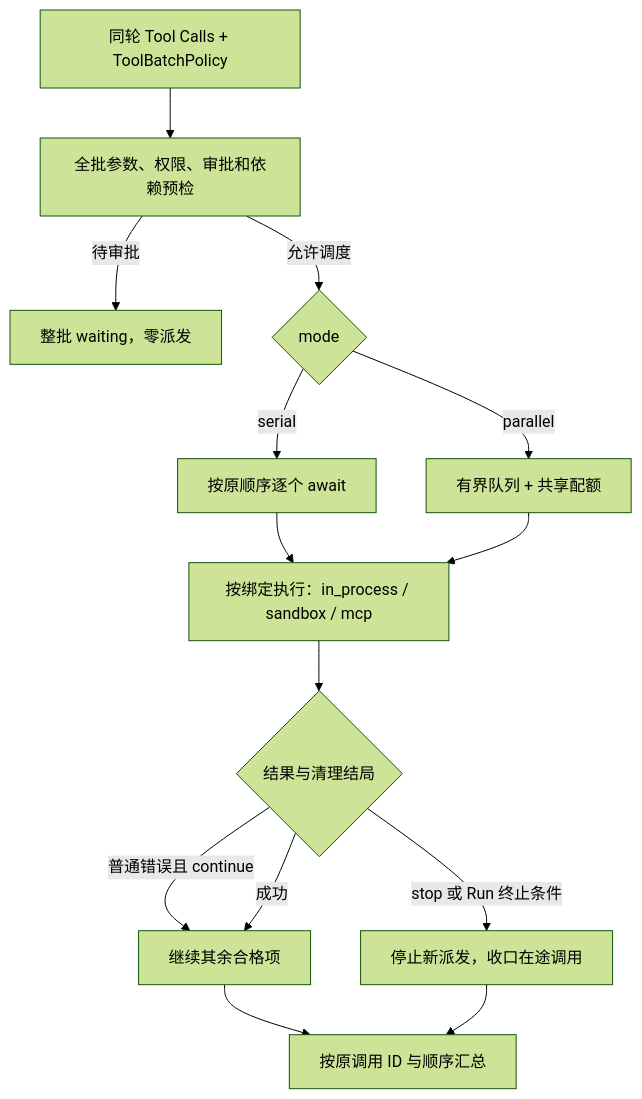
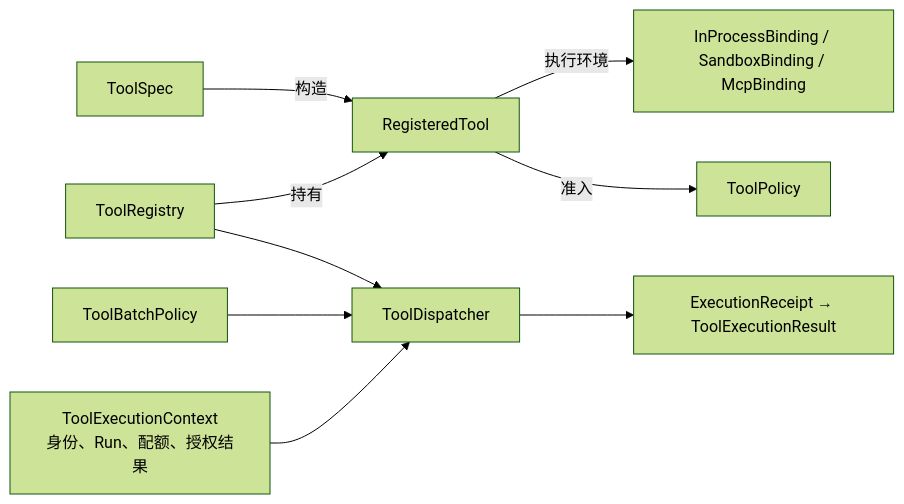
The second of 2 diagrams in mai-specs/986-lesson-18-tool-execution-sandbox/design/TECH_DESIGN.md (RuiLu007/compass), drawn with Mermaid (forest theme) before and after one commit. The commit also changed other lines of this file and 204 other files, not shown here.

````diff
--- a/mai-specs/986-lesson-18-tool-execution-sandbox/design/TECH_DESIGN.md
+++ b/mai-specs/986-lesson-18-tool-execution-sandbox/design/TECH_DESIGN.md
@@ -423,16 +44,11 @@
-```mermaid
-flowchart TB
-    B["同轮 Tool Calls + ToolBatchPolicy"] --> P["全批参数、权限、审批和依赖预检"]
-    P -->|待审批| W["整批 waiting，零派发"]
-    P -->|允许调度| M{"mode"}
-    M -->|serial| S["按原顺序逐个 await"]
-    M -->|parallel| Q["有界队列 + 共享配额"]
-    S --> E["按绑定执行：in_process / sandbox / mcp"]
-    Q --> E
-    E --> F{"结果与清理结局"}
-    F -->|普通错误且 continue| C["继续其余合格项"]
-    F -->|stop 或 Run 终止条件| X["停止新派发，收口在途调用"]
-    F -->|成功| C
-    C --> R["按原调用 ID 与顺序汇总"]
-    X --> R
+```mermaid 工具类型关系
+flowchart LR
+    Spec["ToolSpec"] -->|构造| Entry["RegisteredTool"]
+    Reg["ToolRegistry"] -->|持有| Entry
+    Entry -->|执行环境| Binding["InProcessBinding / SandboxBinding / McpBinding"]
+    Entry -->|准入| Policy["ToolPolicy"]
+    Batch["ToolBatchPolicy"] --> Disp["ToolDispatcher"]
+    Reg --> Disp
+    Ctx["ToolExecutionContext<br/>身份、Run、配额、授权结果"] --> Disp
+    Disp --> Receipt["ExecutionReceipt → ToolExecutionResult"]
 ```
````
